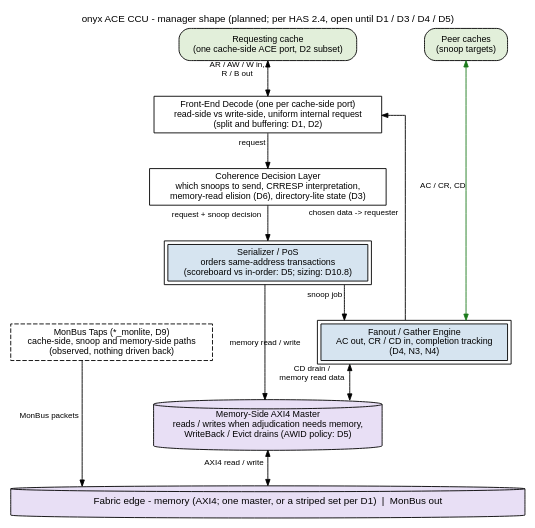
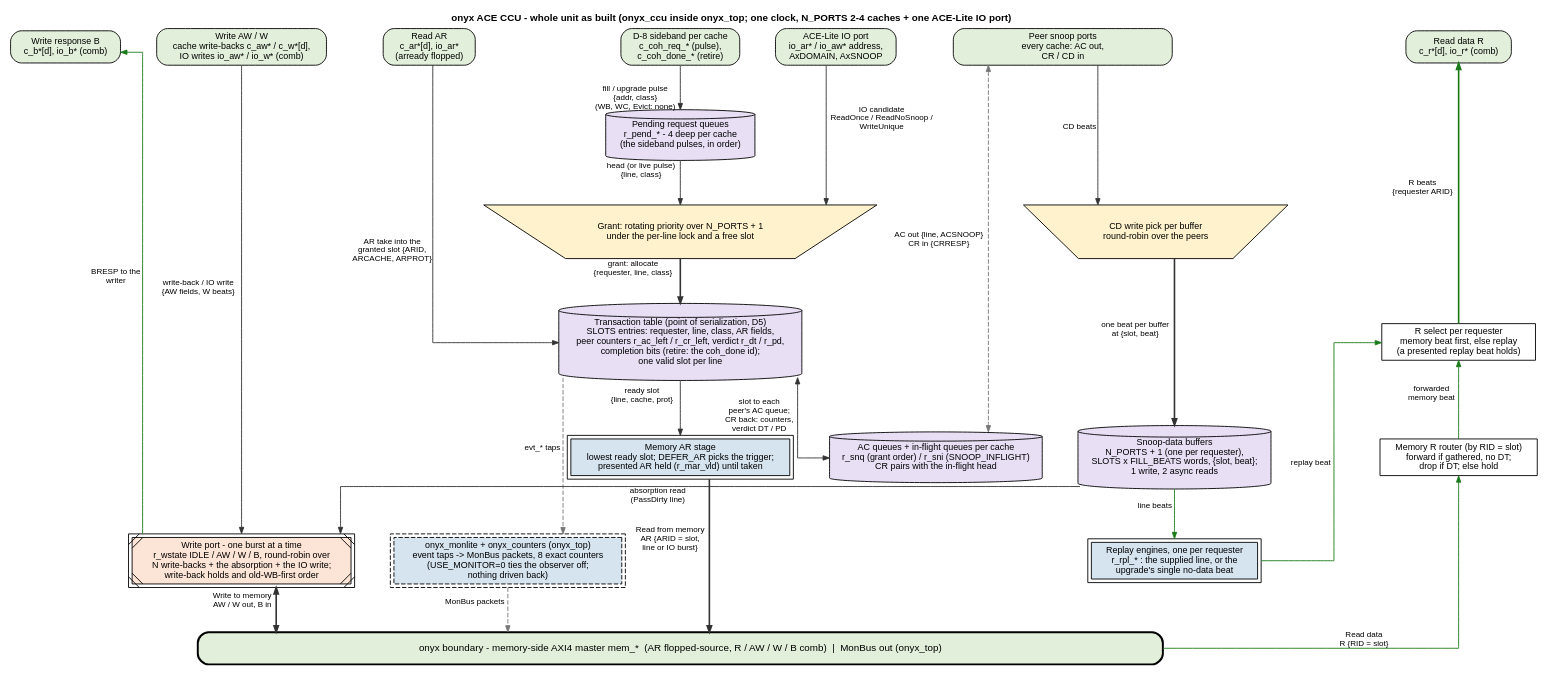
The diagram in projects/components/cache-ip/onyx-ace-ccu/docs/onyx_has/assets/graphviz/01_block_diagram.dot (sean-galloway/RTLDesignSherpa), drawn with Graphviz before and after one commit. The commit also changed 54 other files, not shown here.

First line of the commit message:
docs(cache-ip): onyx MAS 0.1 and the as-built HAS block diagram; PRD criteria recorded -- 1, 2, 4, 5, 6 met, 3 safety at N = 2 and 3 (N = 4 running); onyx_top with / without observers 8,660 / 7,516 LUT

```diff
--- a/projects/components/cache-ip/onyx-ace-ccu/docs/onyx_has/assets/graphviz/01_block_diagram.dot
+++ b/projects/components/cache-ip/onyx-ace-ccu/docs/onyx_has/assets/graphviz/01_block_diagram.dot
@@ -1,42 +1,90 @@
-// onyx ACE CCU whole-unit block diagram, PLANNED -- house style per
-// vault/handbook/authoring/block-diagrams.md. No onyx RTL exists; this draws
-// only the expected manager shape that HAS ch02/04 lists in prose. Module
-// boundaries, signal names and widths stay open until D1 / D3 / D4 / D5.
-digraph onyx_planned {
+// onyx ACE CCU whole-unit block diagram, AS BUILT -- house style per
+// vault/handbook/authoring/block-diagrams.md. Drawn from the RTL:
+// rtl/top/onyx_ccu.sv (the manager, one module) and rtl/top/onyx_top.sv
+// (the manager + onyx_monlite + onyx_counters). Classes from the RTL:
+// the pending queues, transaction table, AC / in-flight queues and the
+// snoop-data buffers are register files / distributed RAM (Storage); the
+// write port is the one FSM (r_wstate IDLE / AW / W / B); the grant and the
+// per-buffer CD write are round-robin picks; the memory AR stage holds a
+// presented AR in r_mar_vld (Registered); the R router and the R select
+// are combinational.
+digraph onyx_whole_unit {
     graph [rankdir=TB, bgcolor="white", fontname="Helvetica", fontsize=11,
-           nodesep="0.50", ranksep="0.55", splines=ortho,
-           label="onyx ACE CCU - manager shape (planned; per HAS 2.4, open until D1 / D3 / D4 / D5)",
+           nodesep="0.55", ranksep="0.70", splines=ortho,
+           label=<<B>onyx ACE CCU - whole unit as built (onyx_ccu inside onyx_top; one clock, N_PORTS 2-4 caches + one ACE-Lite IO port)</B>>,
            labelloc=t, labeljust=c];
     node  [fontname="Helvetica", fontsize=10, shape=box, style=filled,
            fillcolor="white", color="black", margin="0.12,0.06"];
-    edge  [fontname="Helvetica", fontsize=9, color="black", arrowsize=0.7];
+    edge  [fontname="Helvetica", fontsize=9, color="#333333", arrowsize=0.7];
 
-    req   [label="Requesting cache\n(one cache-side ACE port, D2 subset)", fillcolor="white", group=C, style="rounded,filled", fillcolor="#E2EFDA"];
-    peers [label="Peer caches\n(snoop targets)", fillcolor="white", style="rounded,filled", fillcolor="#E2EFDA"];
+    // ---- requester-side interfaces (order pinned below) -------------------
+    c_b   [group=L, label="Write response B\nc_b*[d], io_b* (comb)", style="rounded,filled", fillcolor="#E2EFDA"];
+    c_aw  [group=L2, label="Write AW / W\ncache write-backs c_aw* / c_w*[d],\nIO writes io_aw* / io_w* (comb)", style="rounded,filled", fillcolor="#E2EFDA"];
+    c_sb  [group=C, label="D-8 sideband per cache\nc_coh_req_* (pulse),\nc_coh_done_* (retire)", style="rounded,filled", fillcolor="#E2EFDA"];
+    io    [label="ACE-Lite IO port\nio_ar* / io_aw* address,\nAxDOMAIN, AxSNOOP", style="rounded,filled", fillcolor="#E2EFDA"];
+    c_ar  [label="Read AR\nc_ar*[d], io_ar*\n(arready flopped)", style="rounded,filled", fillcolor="#E2EFDA"];
+    snp   [group=S, width=3.4, label="Peer snoop ports\nevery cache: AC out,\nCR / CD in", style="rounded,filled", fillcolor="#E2EFDA"];
+    c_r   [group=R, label="Read data R\nc_r*[d], io_r* (comb)", style="rounded,filled", fillcolor="#E2EFDA"];
+    { rank=same; c_b; c_aw; c_sb; io; c_ar; snp; c_r; }
+    c_b -> c_aw -> c_ar -> c_sb -> io -> snp -> c_r [style=invis];
 
-    fe   [label="Front-End Decode (one per cache-side port)\nread-side vs write-side, uniform internal request\n(split and buffering: D1, D2)", group=C, style="filled", fillcolor="white"];
-    dec  [label="Coherence Decision Layer\nwhich snoops to send, CRRESP interpretation,\nmemory-read elision (D6), directory-lite state (D3)", group=C, style="filled", fillcolor="white"];
-    ser  [label="Serializer / PoS\norders same-address transactions\n(scoreboard vs in-order: D5; sizing: D10.8)", group=C, peripheries=2, style="filled", fillcolor="#D6E4F0"];
-    fan  [label="Fanout / Gather Engine\nAC out, CR / CD in, completion tracking\n(D4, N3, N4)", peripheries=2, style="filled", fillcolor="#D6E4F0"];
-    mem  [label="Memory-Side AXI4 Master\nreads / writes when adjudication needs memory,\nWriteBack / Evict drains (AWID policy: D5)", group=C, shape=cylinder, style="filled", fillcolor="#E8DFF5"];
-    tap  [label="MonBus Taps (*_monlite, D9)\ncache-side, snoop and memory-side paths\n(observed, nothing driven back)", style="filled,dashed", style="filled,dashed", fillcolor="white"];
+    // ---- request path (center) ---------------------------------------------
+    pend  [group=C, label="Pending request queues\nr_pend_* - 4 deep per cache\n(the sideband pulses, in order)", shape=cylinder, fillcolor="#E8DFF5"];
+    grant [group=C, label="Grant: rotating priority over N_PORTS + 1\nunder the per-line lock and a free slot", shape=invtrapezium, fillcolor="#FFF2CC", width=4.4, height=0.55];
+    table [group=C, label="Transaction table (point of serialization, D5)\nSLOTS entries: requester, line, class, AR fields,\npeer counters r_ac_left / r_cr_left, verdict r_dt / r_pd,\ncompletion bits (retire: the coh_done id);\none valid slot per line", shape=cylinder, fillcolor="#E8DFF5"];
+    mar   [group=C, label="Memory AR stage\nlowest ready slot; DEFER_AR picks the trigger;\npresented AR held (r_mar_vld) until taken", peripheries=2, fillcolor="#D6E4F0"];
 
-    bar  [label="Fabric edge - memory (AXI4; one master, or a striped set per D1)  |  MonBus out",
-          fillcolor="white", width=8, height=0.5, fontsize=11, group=C, shape=cylinder, style="filled", fillcolor="#E8DFF5"];
+    // ---- snoop path ---------------------------------------------------------
+    snq   [group=S, label="AC queues + in-flight queues per cache\nr_snq (grant order) / r_sni (SNOOP_INFLIGHT)\nCR pairs with the in-flight head", shape=cylinder, fillcolor="#E8DFF5"];
+    cdarb [group=S, label="CD write pick per buffer\nround-robin over the peers", shape=invtrapezium, fillcolor="#FFF2CC", width=3.4, height=0.5];
+    buf   [group=S, label="Snoop-data buffers\nN_PORTS + 1 (one per requester),\nSLOTS x FILL_BEATS words, {slot, beat};\n1 write, 2 async reads", shape=cylinder, fillcolor="#E8DFF5"];
+    rpl   [group=S, label="Replay engines, one per requester\nr_rpl_* : the supplied line, or the\nupgrade's single no-data beat", peripheries=2, fillcolor="#D6E4F0"];
 
-    req  -> fe   [dir=both, xlabel="AR / AW / W in,\nR / B out"];
-    fe   -> dec  [xlabel="request"];
-    dec  -> ser  [xlabel="request + snoop decision"];
-    ser  -> fan  [xlabel="snoop job"];
-    ser  -> mem  [xlabel="memory read / write"];
-    fan  -> peers [color="#1A7A1A", dir=both, xlabel="AC / CR, CD"];
-    fan  -> mem  [dir=both, xlabel="CD drain /\nmemory read data"];
-    fe   -> fan  [dir=back, xlabel="chosen data -> requester", constraint=false];
-    mem  -> bar  [dir=both, xlabel="AXI4 read / write"];
-    tap  -> bar  [xlabel="MonBus packets"];
+    // ---- return path (right edge) ------------------------------------------
+    rsel  [group=R, label="R select per requester\nmemory beat first, else replay\n(a presented replay beat holds)"];
+    rrt   [group=R, label="Memory R router (by RID = slot)\nforward if gathered, no DT;\ndrop if DT; else hold"];
 
-    { rank=same; req; peers; }
-    { rank=same; fan; tap; }
-    req -> peers [style=invis];
-    ser -> tap [style=invis];
+    // ---- write path (left edge) --------------------------------------------
+    wport [group=L2, label="Write port - one burst at a time\nr_wstate IDLE / AW / W / B, round-robin over\nN write-backs + the absorption + the IO write;\nwrite-back holds and old-WB-first order", style="filled,diagonals", peripheries=2, fillcolor="#FCE4D6"];
+
+    // ---- observation (onyx_top) --------------------------------------------
+    mon   [label="onyx_monlite + onyx_counters (onyx_top)\nevent taps -> MonBus packets, 8 exact counters\n(USE_MONITOR=0 ties the observer off;\nnothing driven back)", style="filled,dashed", peripheries=2, fillcolor="#D6E4F0"];
+
+    bar   [group=C, label="onyx boundary - memory-side AXI4 master mem_*  (AR flopped-source, R / AW / W / B comb)  |  MonBus out (onyx_top)",
+           style="rounded,filled", fillcolor="#E2EFDA", penwidth=2.2, width=15, height=0.5, fontsize=11];
+
+    { rank=same; mar; buf; rrt; }
+    { rank=same; wport; rpl; }
+
+    // ---- request flow: pulse -> queue -> grant -> table -> memory AR -------
+    c_sb  -> pend  [xlabel="fill / upgrade pulse\n{addr, class}\n(WB, WC, Evict: none)"];
+    pend  -> grant [xlabel="head (or live pulse)\n{line, class}"];
+    io    -> grant [xlabel="IO candidate\nReadOnce / ReadNoSnoop /\nWriteUnique"];
+    grant -> table [penwidth=1.8, xlabel="grant: allocate\n{requester, line, class}"];
+    c_ar  -> table [xlabel="AR take into the\ngranted slot {ARID,\nARCACHE, ARPROT}"];
+    table -> mar   [xlabel="ready slot\n{line, cache, prot}"];
+    mar   -> bar   [penwidth=1.8, xlabel="Read from memory\nAR {ARID = slot,\nline or IO burst}"];
+
+    // ---- snoop fanout and gather -------------------------------------------
+    table -> snq   [dir=both, xlabel="slot to each\npeer's AC queue;\nCR back: counters,\nverdict DT / PD"];
+    snp   -> snq   [dir=both, style=dashed, color="#777777", xlabel="AC out {line, ACSNOOP}\nCR in {CRRESP}"];
+    snp   -> cdarb [xlabel="CD beats"];
+    cdarb -> buf   [penwidth=1.8, xlabel="one beat per buffer\nat {slot, beat}"];
+
+    // ---- forward data: write-backs, IO writes, absorptions -----------------
+    c_aw  -> wport [xlabel="write-back / IO write\n{AW fields, W beats}"];
+    buf   -> wport [xlabel="absorption read\n(PassDirty line)"];
+    wport -> bar   [dir=both, penwidth=1.8, xlabel="Write to memory\nAW / W out, B in"];
+
+    // ---- return data (green) -----------------------------------------------
+    c_r   -> rsel  [dir=back, color="#1A7A1A", penwidth=1.8, xlabel="R beats\n{requester ARID}"];
+    rsel  -> rrt   [dir=back, color="#1A7A1A", xlabel="forwarded\nmemory beat"];
+    rrt   -> bar   [dir=back, color="#1A7A1A", xlabel="Read data\nR {RID = slot}"];
+    rsel  -> rpl   [dir=back, color="#1A7A1A", xlabel="replay beat"];
+    buf   -> rpl   [color="#1A7A1A", xlabel="line beats"];
+    c_b   -> wport [dir=back, color="#1A7A1A", xlabel="BRESP to the\nwriter"];
+
+    // ---- observation sideband ----------------------------------------------
+    table -> mon   [style=dashed, color="#777777", xlabel="evt_* taps"];
+    mon   -> bar   [style=dashed, color="#777777", xlabel="MonBus packets"];
 }
```
